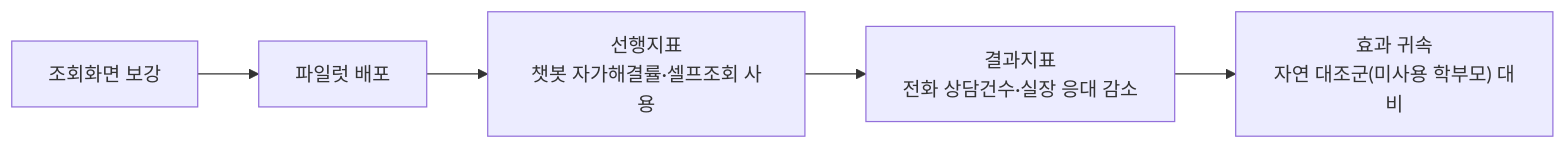
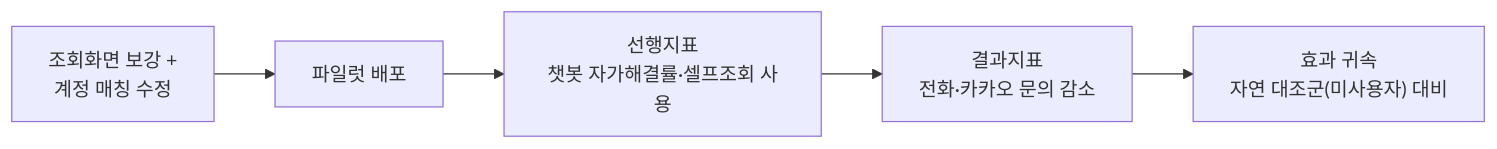
The sixth of 6 diagrams in analysis/myclass-chatbot/마이클래스챗봇_6월상담_심층분석_컨플루언스.md (layr8x/Wiki), drawn with Mermaid before and after one commit. The commit also changed other lines of this file, not shown here.

First line of the commit message:
docs(analysis): 컨플루언스 심층분석 — 적대검증 정정 + 한계 돌파 대안 + 카카오 기술채널 대체 프레이밍

````diff
--- a/analysis/myclass-chatbot/마이클래스챗봇_6월상담_심층분석_컨플루언스.md
+++ b/analysis/myclass-chatbot/마이클래스챗봇_6월상담_심층분석_컨플루언스.md
@@ -331,7 +371,7 @@
 ```mermaid
 graph LR
-    A["조회화면 보강"] --> B["파일럿 배포"]
+    A["조회화면 보강 +<br>계정 매칭 수정"] --> B["파일럿 배포"]
     B --> C["선행지표<br>챗봇 자가해결률·셀프조회 사용"]
-    C --> D["결과지표<br>전화 상담건수·실장 응대 감소"]
-    D --> E["효과 귀속<br>자연 대조군(미사용 학부모) 대비"]
+    C --> D["결과지표<br>전화·카카오 문의 감소"]
+    D --> E["효과 귀속<br>자연 대조군(미사용자) 대비"]
 ```
````
